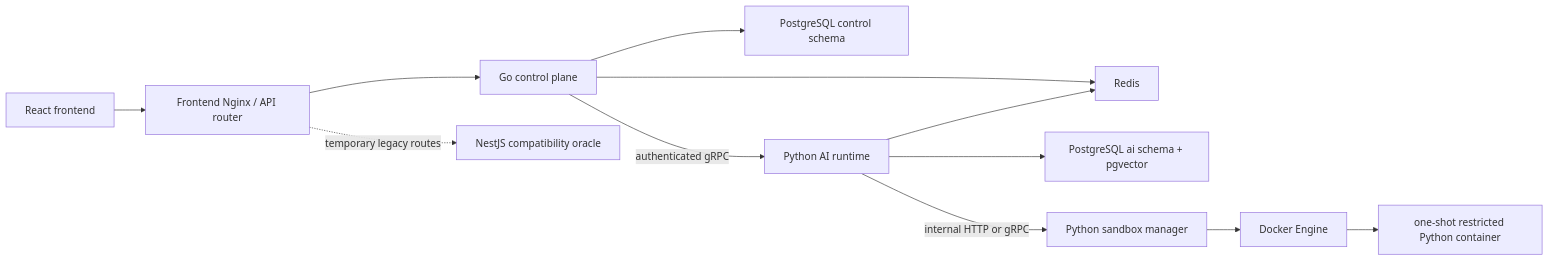
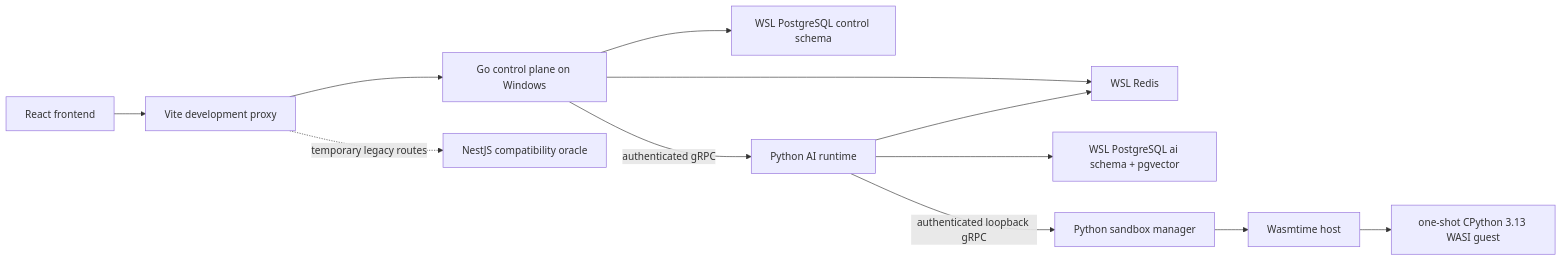
One commit to zkh666123/aiflow changed the diagram in docs/superpowers/specs/2026-07-13-go-python-backend-migration-design.md. Above: the diagram before and after it, drawn with Mermaid. The commit also changed other lines of this file and 2 other files, not shown here.

````diff
--- a/docs/superpowers/specs/2026-07-13-go-python-backend-migration-design.md
+++ b/docs/superpowers/specs/2026-07-13-go-python-backend-migration-design.md
@@ -64,14 +74,14 @@
 ```mermaid
 flowchart LR
-    Web["React frontend"] --> Proxy["Frontend Nginx / API router"]
-    Proxy --> Go["Go control plane"]
+    Web["React frontend"] --> Proxy["Vite development proxy"]
+    Proxy --> Go["Go control plane on Windows"]
     Proxy -. temporary legacy routes .-> Nest["NestJS compatibility oracle"]
-    Go --> ControlDB["PostgreSQL control schema"]
-    Go --> Redis["Redis"]
+    Go --> ControlDB["WSL PostgreSQL control schema"]
+    Go --> Redis["WSL Redis"]
     Go -->|"authenticated gRPC"| AI["Python AI runtime"]
-    AI --> AIDB["PostgreSQL ai schema + pgvector"]
+    AI --> AIDB["WSL PostgreSQL ai schema + pgvector"]
     AI --> Redis
-    AI -->|"internal HTTP or gRPC"| Sandbox["Python sandbox manager"]
-    Sandbox --> Docker["Docker Engine"]
-    Docker --> Job["one-shot restricted Python container"]
+    AI -->|"authenticated loopback gRPC"| Sandbox["Python sandbox manager"]
+    Sandbox --> Wasmtime["Wasmtime host"]
+    Wasmtime --> Guest["one-shot CPython 3.13 WASI guest"]
 ```
````
